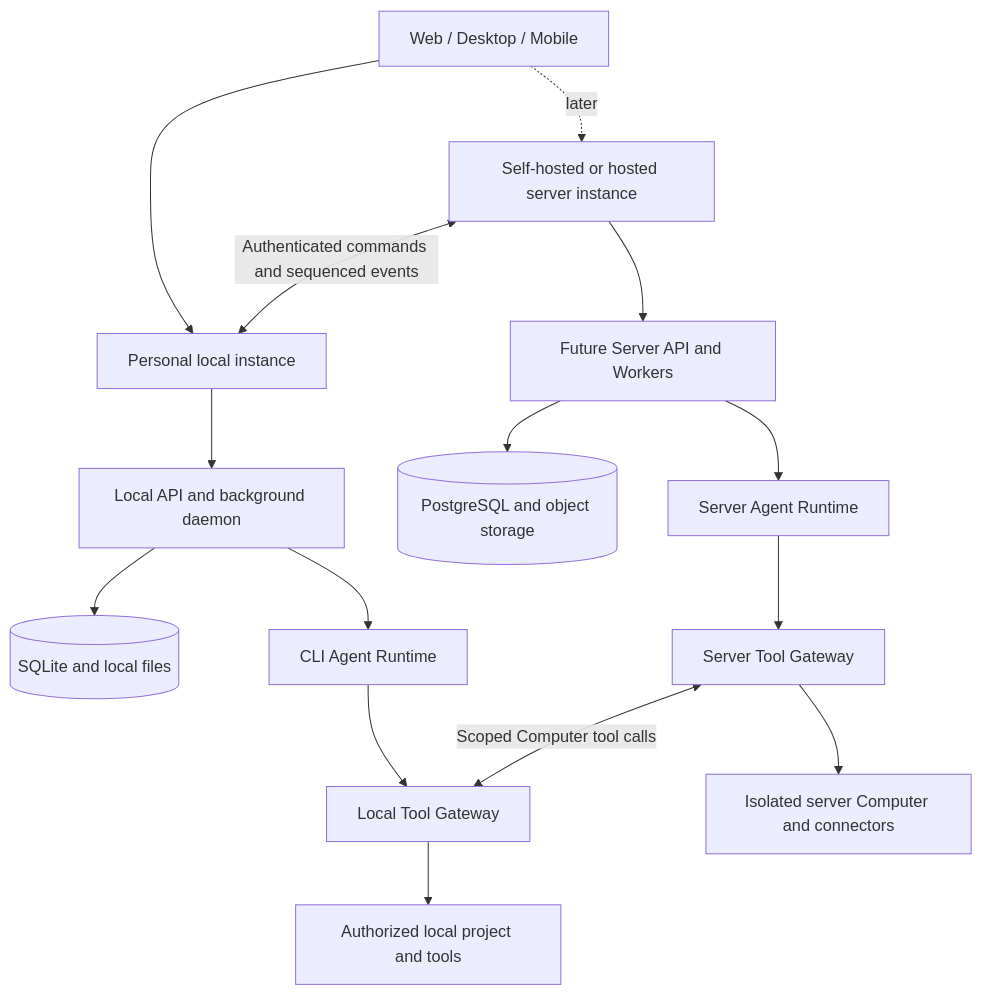
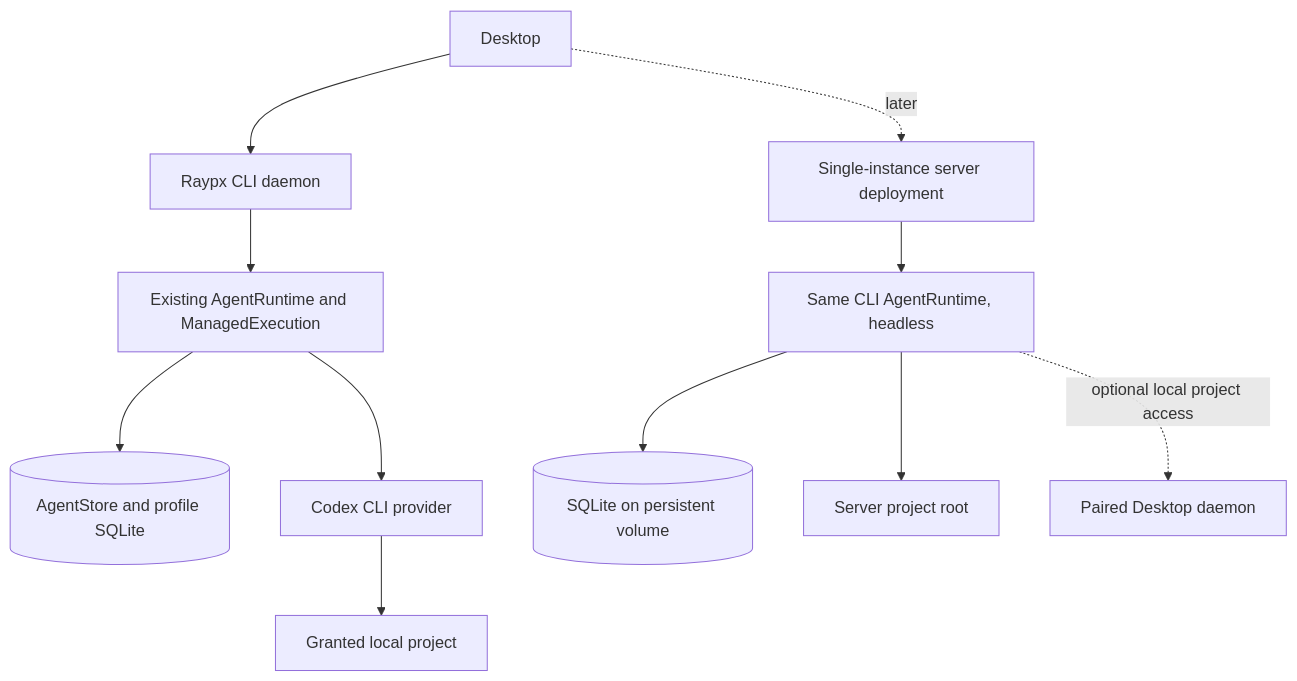
One commit to raypx/raypx changed the diagram in docs/roadmap.md. Above: the diagram before and after it, drawn with Mermaid. The commit also changed other lines of this file and 1 other file, not shown here.

Commit message:
docs(agent): reuse cli runtime as first platform

````diff
--- a/docs/roadmap.md
+++ b/docs/roadmap.md
@@ -21,17 +21,13 @@
 ```mermaid
 flowchart TD
-    C[Web / Desktop / Mobile] --> L[Personal local instance]
-    C -. later .-> S[Self-hosted or hosted server instance]
-    L --> LA[Local API and background daemon]
-    LA --> LDB[(SQLite and local files)]
-    LA --> LR[CLI Agent Runtime]
-    LR --> LT[Local Tool Gateway]
-    LT --> LP[Authorized local project and tools]
-    S --> SA[Future Server API and Workers]
-    SA --> PDB[(PostgreSQL and object storage)]
-    SA --> SR[Server Agent Runtime]
-    SR --> ST[Server Tool Gateway]
-    ST --> SP[Isolated server Computer and connectors]
-    ST <-->|Scoped Computer tool calls| LT
-    S <-->|Authenticated commands and sequenced events| L
+    D[Desktop] --> CLI[Raypx CLI daemon]
+    CLI --> R[Existing AgentRuntime and ManagedExecution]
+    R --> DB[(AgentStore and profile SQLite)]
+    R --> P[Codex CLI provider]
+    P --> W[Granted local project]
+    D -. later .-> S[Single-instance server deployment]
+    S --> HR[Same CLI AgentRuntime, headless]
+    HR --> HDB[(SQLite on persistent volume)]
+    HR --> HW[Server project root]
+    HR -. optional local project access .-> HOST[Paired Desktop daemon]
 ```
````
